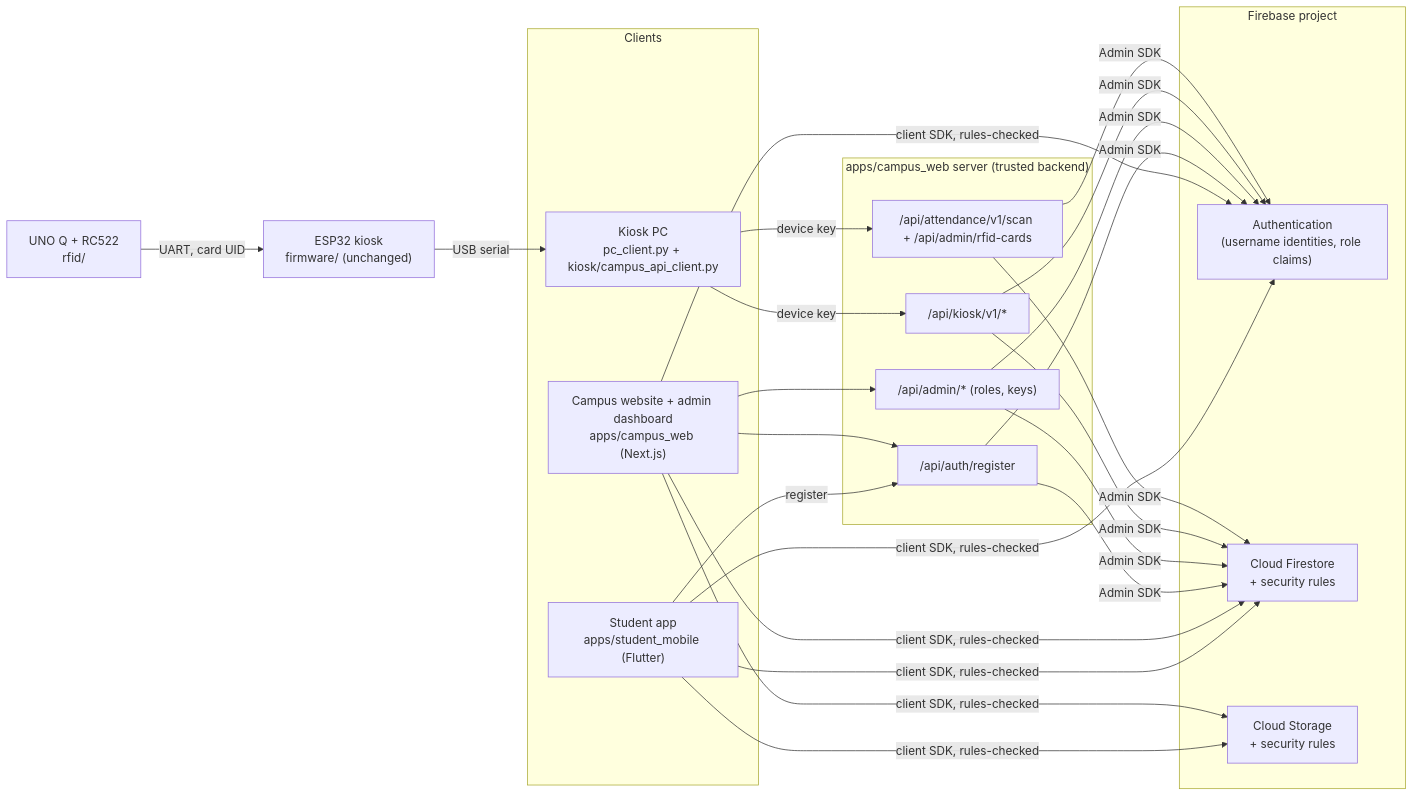
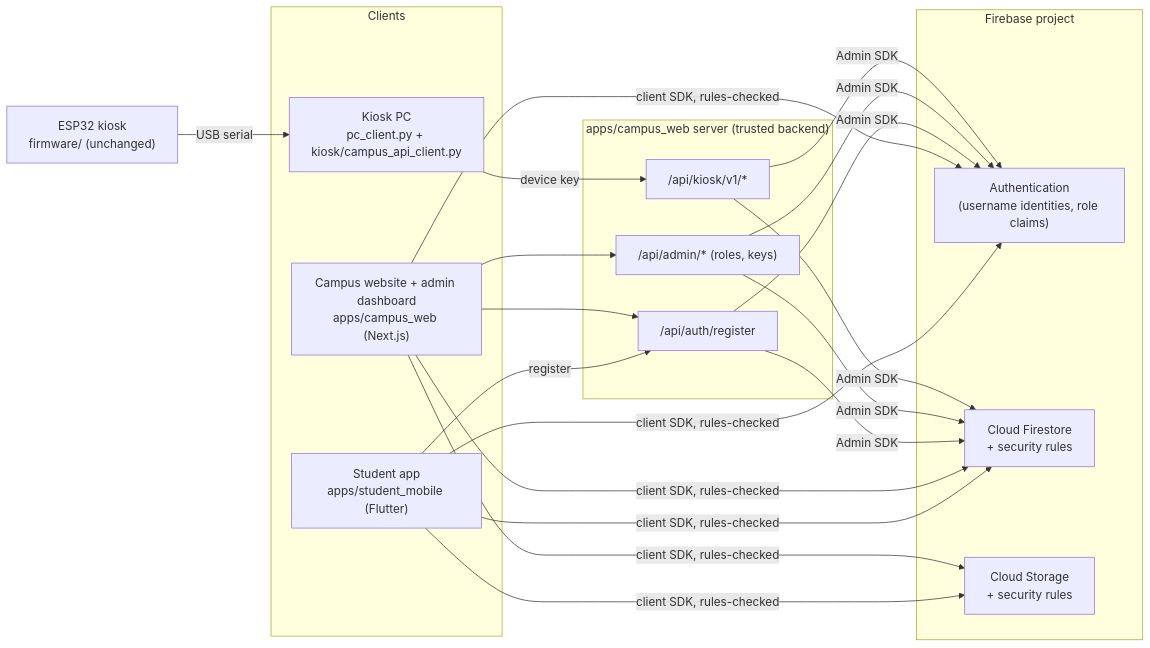
Before and after one commit to Pavankumarh0/first-hack-teamSPY: the diagram in docs/ARCHITECTURE.md, drawn with Mermaid. The commit also changed other lines of this file and 57 other files, not shown here.

First line of the commit message:
Scope: kiosk, website and app only; RFID attendance and camera parked

````diff
--- a/docs/ARCHITECTURE.md
+++ b/docs/ARCHITECTURE.md
@@ -5,27 +5,25 @@
 ```mermaid
 flowchart LR
     subgraph clients["Clients"]
         app["Student app<br/>apps/student_mobile (Flutter)"]
         web["Campus website + admin dashboard<br/>apps/campus_web (Next.js)"]
         kpc["Kiosk PC<br/>pc_client.py + kiosk/campus_api_client.py"]
     end
     esp["ESP32 kiosk<br/>firmware/ (unchanged)"] -- USB serial --> kpc
     subgraph backend["apps/campus_web server (trusted backend)"]
         reg["/api/auth/register"]
         adm["/api/admin/* (roles, keys)"]
         kapi["/api/kiosk/v1/*"]
-        att["/api/attendance/v1/scan + /api/admin/rfid-cards"]
     end
     subgraph firebase["Firebase project"]
         auth["Authentication<br/>(username identities, role claims)"]
         fs["Cloud Firestore<br/>+ security rules"]
         st["Cloud Storage<br/>+ security rules"]
     end
     app -- client SDK, rules-checked --> fs & st & auth
     web -- client SDK, rules-checked --> fs & st & auth
     app -- register --> reg
     web --> reg & adm
-    rdr["UNO Q + RC522<br/>rfid/"] -- UART, card UID --> esp
-    kpc -- device key --> kapi & att
-    reg & adm & kapi & att -- Admin SDK --> auth & fs
+    kpc -- device key --> kapi
+    reg & adm & kapi -- Admin SDK --> auth & fs
 ```
````
